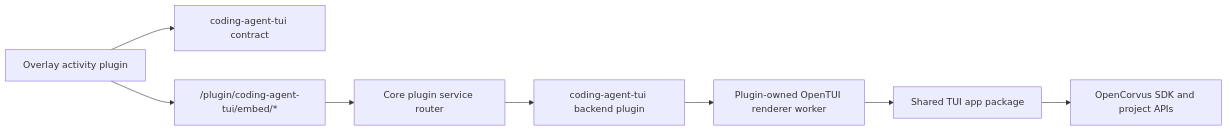
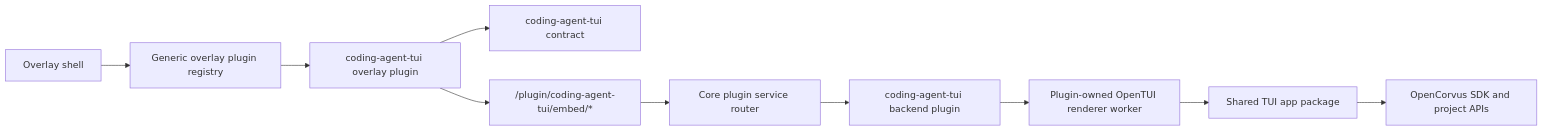
One commit to yangheng95/argus changed the diagram in specs/coding-agent-tui-independent-plugin-2026-06-06.md. Above: the diagram before and after it, drawn with Mermaid. The commit also changed other lines of this file, not shown here.

Commit message:
dsw-33987 Revise independent TUI plugin spec after review

````diff
--- a/specs/coding-agent-tui-independent-plugin-2026-06-06.md
+++ b/specs/coding-agent-tui-independent-plugin-2026-06-06.md
@@ -29,10 +35,12 @@
 ```mermaid
 flowchart LR
-  Overlay["Overlay activity plugin"] --> Contract["coding-agent-tui contract"]
-  Overlay --> PluginRoute["/plugin/coding-agent-tui/embed/*"]
+  OverlayShell["Overlay shell"] --> OverlayRegistry["Generic overlay plugin registry"]
+  OverlayRegistry --> OverlayPlugin["coding-agent-tui overlay plugin"]
+  OverlayPlugin --> Contract["coding-agent-tui contract"]
+  OverlayPlugin --> PluginRoute["/plugin/coding-agent-tui/embed/*"]
   PluginRoute --> Registry["Core plugin service router"]
   Registry --> BackendPlugin["coding-agent-tui backend plugin"]
   BackendPlugin --> Worker["Plugin-owned OpenTUI renderer worker"]
   Worker --> TuiApp["Shared TUI app package"]
   TuiApp --> SDK["OpenCorvus SDK and project APIs"]
 ```
````
